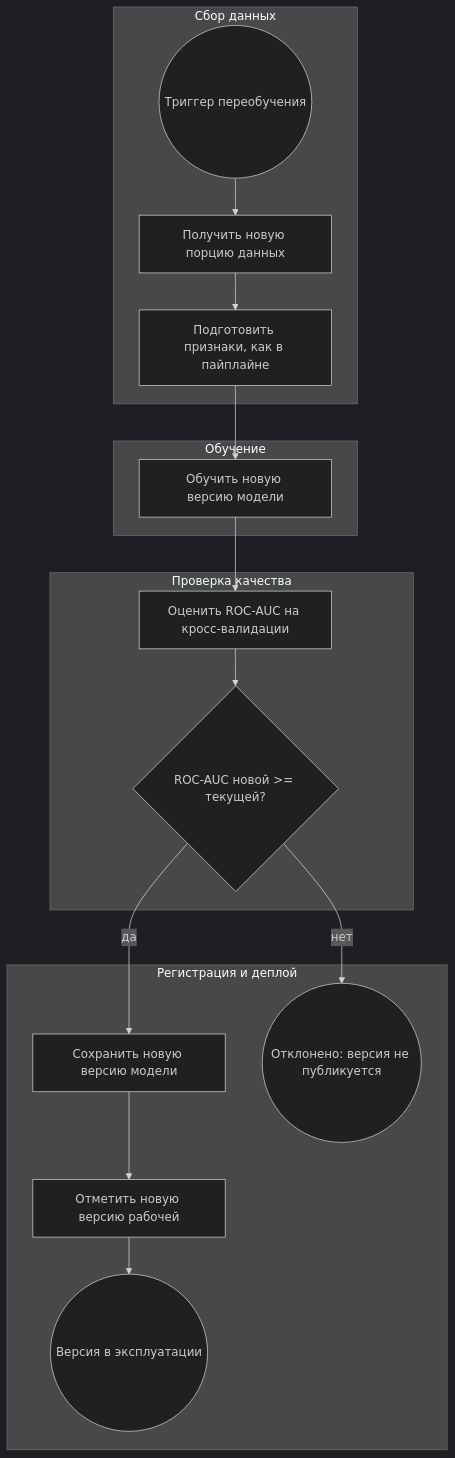
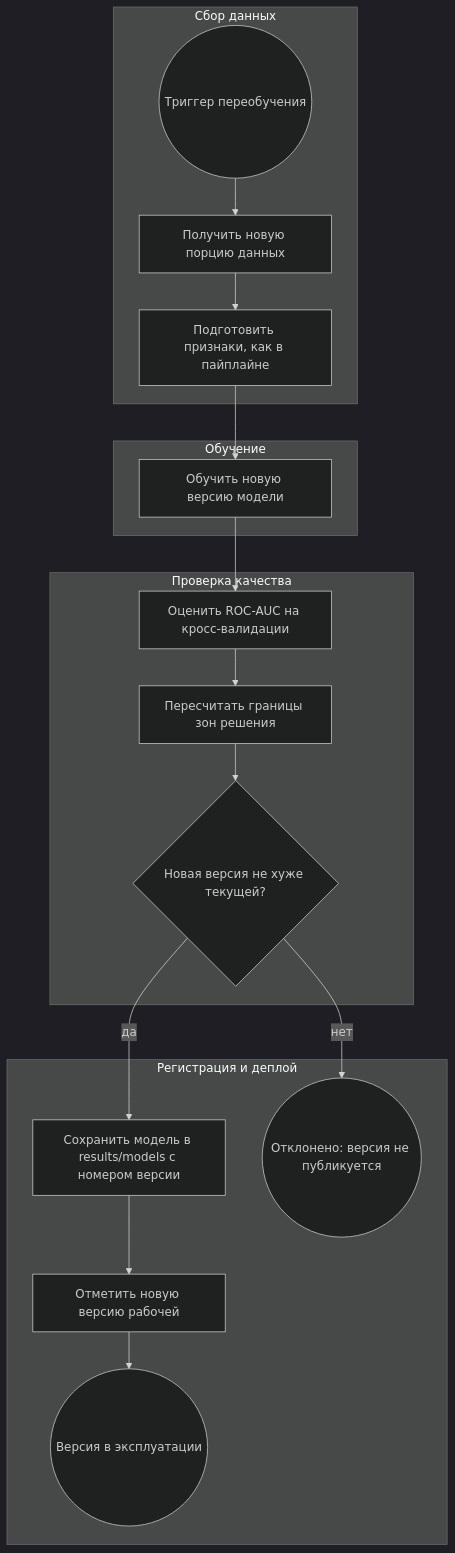
The diagram in Model_retrain_BPMN.md (IvanMMMLich/loan-approval-prediction-v2), drawn with Mermaid (dark theme) before and after one commit. The commit also changed other lines of this file, not shown here.

````diff
--- a/Model_retrain_BPMN.md
+++ b/Model_retrain_BPMN.md
@@ -13,34 +14,36 @@
 ```mermaid
 flowchart TD
     subgraph Сбор данных
         T((Триггер переобучения))
         D1[Получить новую порцию данных]
         D2[Подготовить признаки, как в пайплайне]
     end
 
     subgraph Обучение
         TR[Обучить новую версию модели]
     end
 
     subgraph Проверка качества
         EV[Оценить ROC-AUC на кросс-валидации]
-        G{ROC-AUC новой >= текущей?}
+        DZ[Пересчитать границы зон решения]
+        G{Новая версия не хуже текущей?}
     end
 
     subgraph Регистрация и деплой
-        REG[Сохранить новую версию модели]
+        REG[Сохранить модель в results/models с номером версии]
         DEP[Отметить новую версию рабочей]
         DONE((Версия в эксплуатации))
         REJ((Отклонено: версия не публикуется))
     end
 
     T --> D1
     D1 --> D2
     D2 --> TR
     TR --> EV
-    EV --> G
+    EV --> DZ
+    DZ --> G
     G -- да --> REG
     G -- нет --> REJ
     REG --> DEP
     DEP --> DONE
 ```
````
